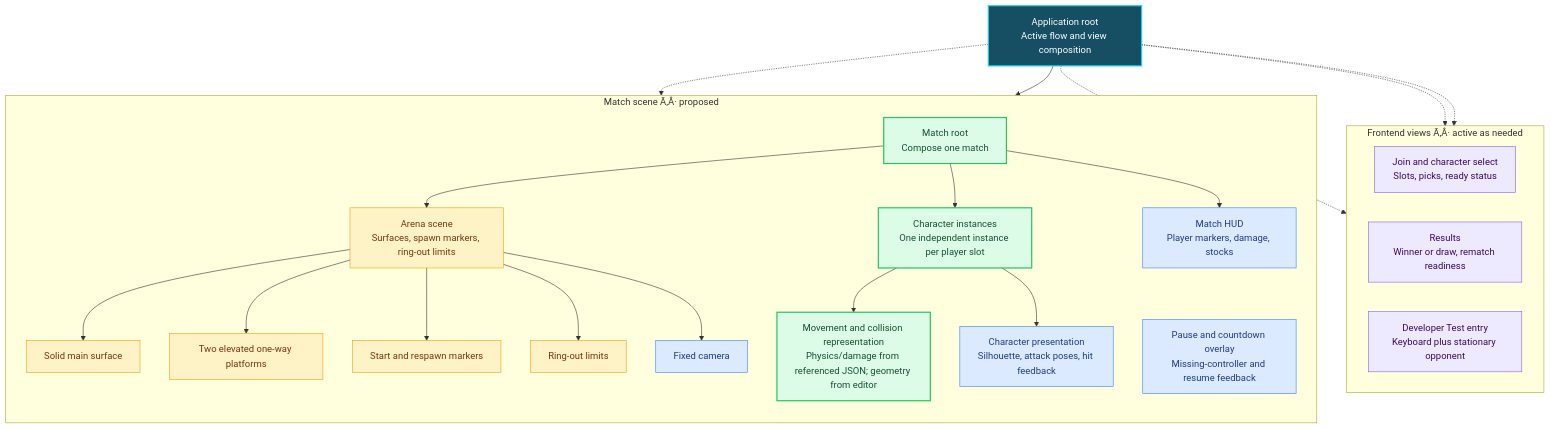
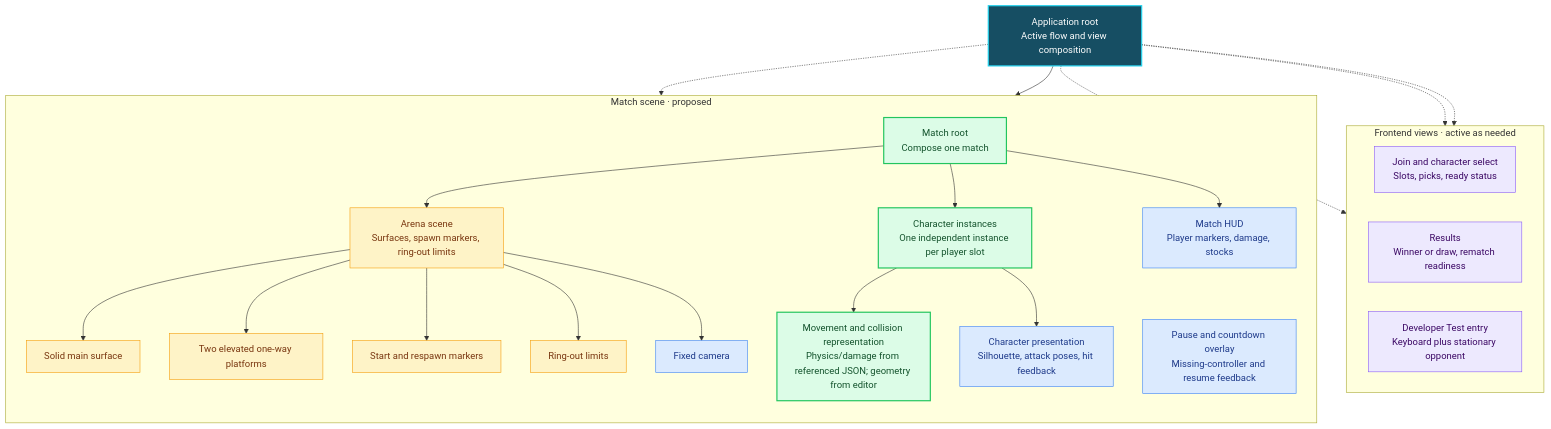
The first of 2 diagrams in docs/architecture/scene-map.md (Fusion2k/smash-fight), drawn with Mermaid before and after one commit. The commit also changed other lines of this file, not shown here.

Commit message:
docs: preserve UTF-8 architecture diagram labels

````diff
--- a/docs/architecture/scene-map.md
+++ b/docs/architecture/scene-map.md
@@ -11,54 +11,54 @@
 ```mermaid
 flowchart TB
     App["Application root<br/>Active flow and view composition"]
 
-    subgraph Frontend["Frontend views Ã‚Â· active as needed"]
+    subgraph Frontend["Frontend views · active as needed"]
         direction LR
         Join["Join and character select<br/>Slots, picks, ready status"]
         Results["Results<br/>Winner or draw, rematch readiness"]
         Dev["Developer Test entry<br/>Keyboard plus stationary opponent"]
     end
 
-    subgraph Gameplay["Match scene Ã‚Â· proposed"]
+    subgraph Gameplay["Match scene · proposed"]
         direction TB
         Match["Match root<br/>Compose one match"]
         Arena["Arena scene<br/>Surfaces, spawn markers, ring-out limits"]
         Characters["Character instances<br/>One independent instance per player slot"]
         HUD["Match HUD<br/>Player markers, damage, stocks"]
         Overlay["Pause and countdown overlay<br/>Missing-controller and resume feedback"]
         Match --> Arena
         Match --> Characters
         Match --> HUD
         Main["Solid main surface"]
         Platforms["Two elevated one-way platforms"]
         Markers["Start and respawn markers"]
         Limits["Ring-out limits"]
         Camera["Fixed camera"]
         Arena --> Main
         Arena --> Platforms
         Arena --> Markers
         Arena --> Limits
         Arena --> Camera
         Body["Movement and collision representation<br/>Physics/damage from referenced JSON; geometry from editor"]
         Visual["Character presentation<br/>Silhouette, attack poses, hit feedback"]
         Characters --> Body
         Characters --> Visual
     end
 
     App -.-> Join
     App -.-> Results
     App -.-> Dev
     App -.-> Match
     App --> Overlay
 
     classDef application fill:#164e63,color:#ffffff,stroke:#22d3ee,stroke-width:2px;
     classDef flow fill:#ede9fe,color:#3b0764,stroke:#8b5cf6;
     classDef gameplay fill:#dcfce7,color:#14532d,stroke:#22c55e,stroke-width:2px;
     classDef content fill:#fef3c7,color:#78350f,stroke:#f59e0b;
     classDef presentation fill:#dbeafe,color:#1e3a8a,stroke:#3b82f6;
     class App application;
     class Join,Results,Dev flow;
     class Match,Characters,Body gameplay;
     class Arena,Main,Platforms,Markers,Limits content;
     class HUD,Overlay,Camera,Visual presentation;
 ```
````
